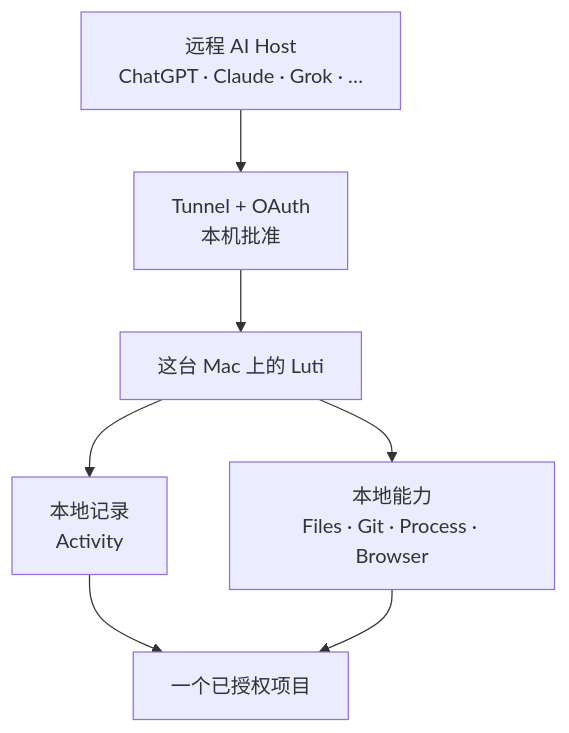
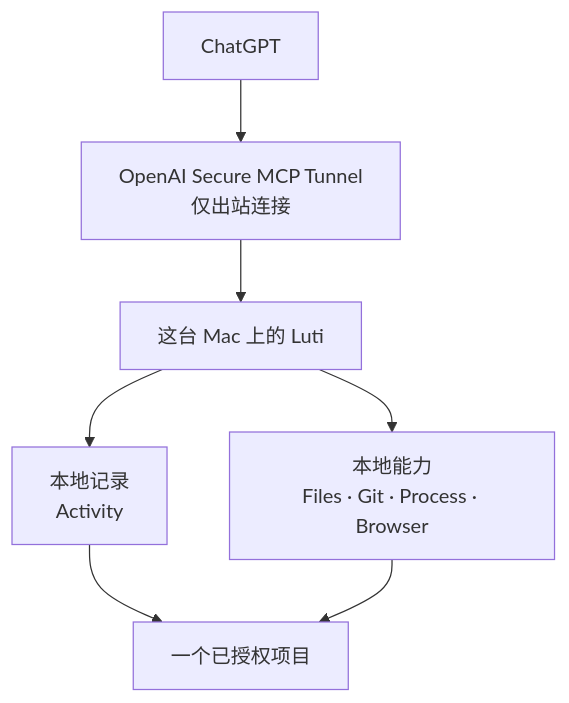
One commit to boltguo/Luti changed the diagram in README.zh-CN.md. Above: the diagram before and after it, drawn with Mermaid. The commit also changed other lines of this file and 65 other files, not shown here.

First line of the commit message:
refactor: use OpenAI tunnel only and fix runtime performance issues

````diff
--- a/README.zh-CN.md
+++ b/README.zh-CN.md
@@ -27,13 +27,13 @@
 ```mermaid
 flowchart TB
-    remote["远程 AI Host<br/>ChatGPT · Claude · Grok · …"]
-    tunnel["Tunnel + OAuth<br/>本机批准"]
+    remote["ChatGPT"]
+    tunnel["OpenAI Secure MCP Tunnel<br/>仅出站连接"]
     luti["这台 Mac 上的 Luti"]
     context["本地记录<br/>Activity"]
     tools["本地能力<br/>Files · Git · Process · Browser"]
     project["一个已授权项目"]
 
     remote --> tunnel --> luti
     luti --> context --> project
     luti --> tools --> project
 ```
````
